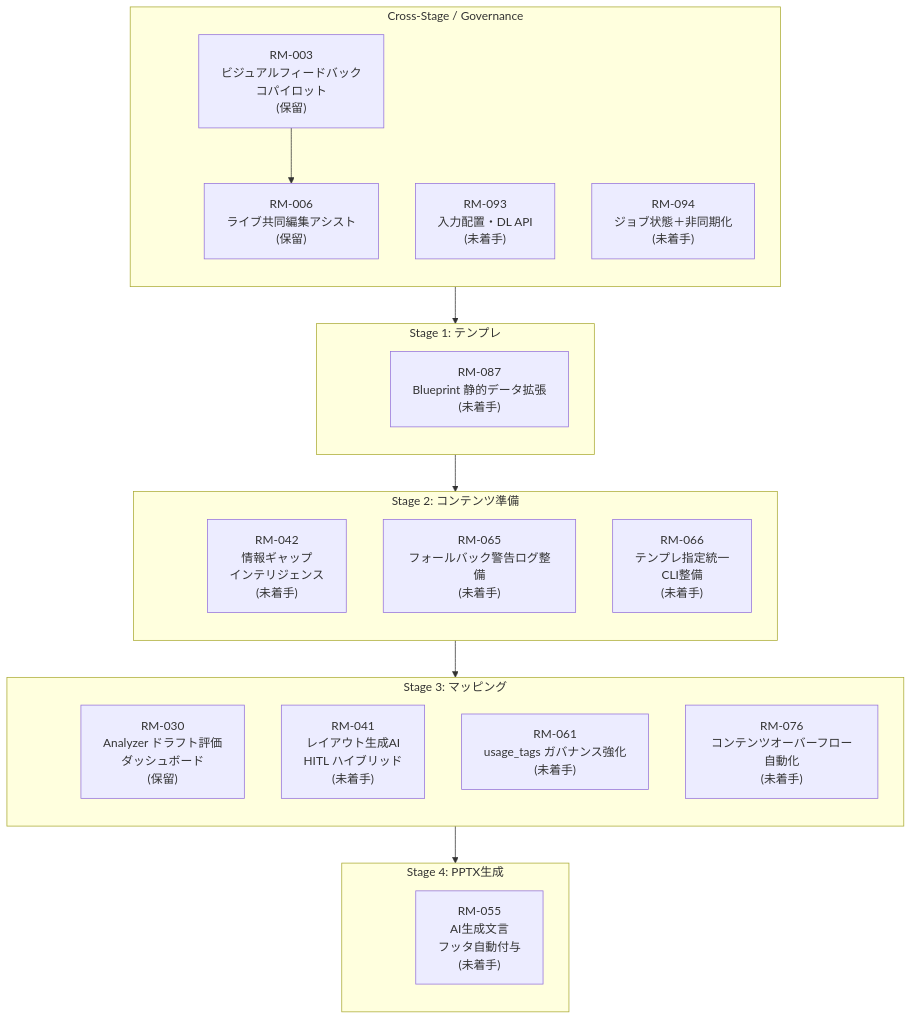
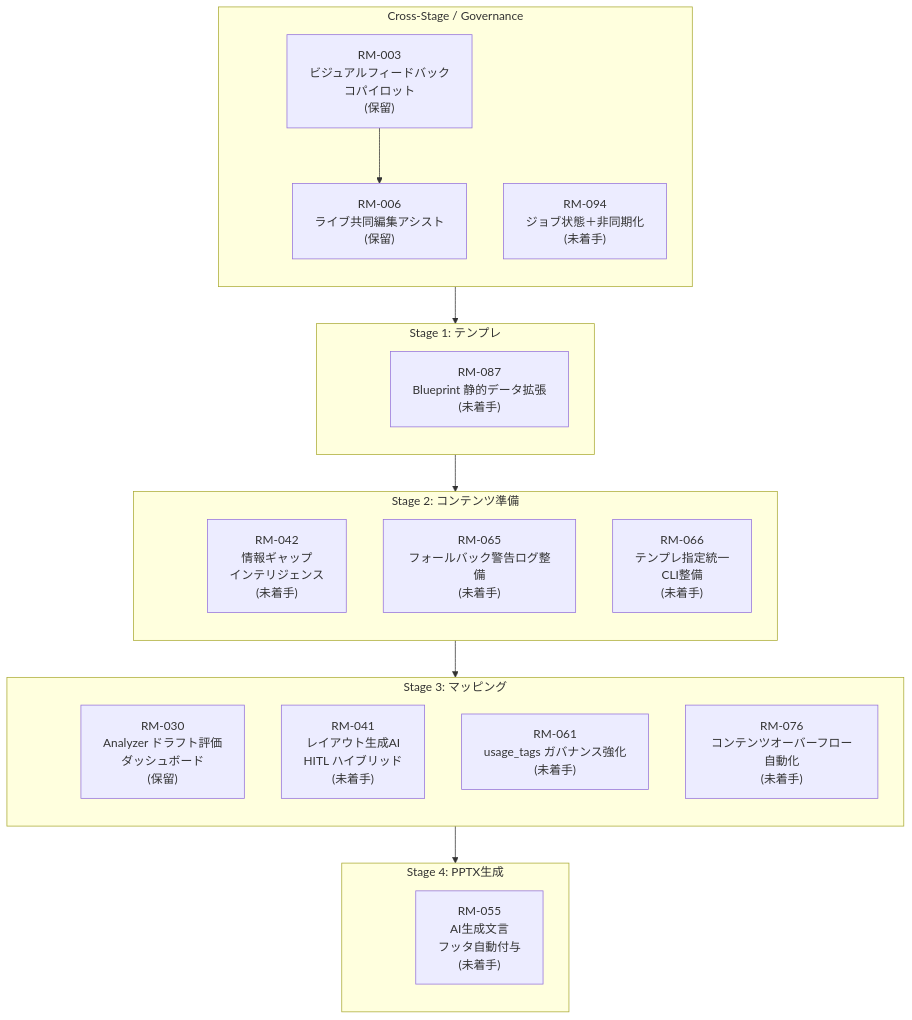
Before and after one commit to yurake/pptx_generator: the diagram in docs/roadmap/roadmap.md, drawn with Mermaid. The commit also changed other lines of this file and 1 other file, not shown here.

````diff
--- a/docs/roadmap/roadmap.md
+++ b/docs/roadmap/roadmap.md
@@ -25,50 +25,49 @@
 ```mermaid
 flowchart TB
     subgraph GOV["Cross-Stage / Governance"]
         direction TB
         GOV_ANCHOR(( ))
         RM003["RM-003<br/>ビジュアルフィードバック<br/>コパイロット<br/>(保留)"]
         RM006["RM-006<br/>ライブ共同編集アシスト<br/>(保留)"]
-        RM093["RM-093<br/>入力配置・DL API<br/>(未着手)"]
         RM094["RM-094<br/>ジョブ状態＋非同期化<br/>(未着手)"]
     end
 
     subgraph ST1["Stage 1: テンプレ"]
         direction TB
         ST1_ANCHOR(( ))
         RM087["RM-087<br/>Blueprint 静的データ拡張<br/>(未着手)"]
     end
 
     subgraph ST2["Stage 2: コンテンツ準備"]
         direction TB
         ST2_ANCHOR(( ))
         RM042["RM-042<br/>情報ギャップ<br/>インテリジェンス<br/>(未着手)"]
         RM065["RM-065<br/>フォールバック警告ログ整備<br/>(未着手)"]
         RM066["RM-066<br/>テンプレ指定統一<br/>CLI整備<br/>(未着手)"]
     end
 
     subgraph ST3["Stage 3: マッピング"]
         direction TB
         ST3_ANCHOR(( ))
         RM030["RM-030<br/>Analyzer ドラフト評価<br/>ダッシュボード<br/>(保留)"]
         RM041["RM-041<br/>レイアウト生成AI<br/>HITL ハイブリッド<br/>(未着手)"]
         RM061["RM-061<br/>usage_tags ガバナンス強化<br/>(未着手)"]
         RM076["RM-076<br/>コンテンツオーバーフロー自動化<br/>(未着手)"]
     end
 
     subgraph ST4["Stage 4: PPTX生成"]
         direction TB
         ST4_ANCHOR(( ))
         RM055["RM-055<br/>AI生成文言<br/>フッタ自動付与<br/>(未着手)"]
     end
 
     style GOV_ANCHOR fill:transparent,stroke:transparent
     style ST1_ANCHOR fill:transparent,stroke:transparent
     style ST2_ANCHOR fill:transparent,stroke:transparent
     style ST3_ANCHOR fill:transparent,stroke:transparent
     style ST4_ANCHOR fill:transparent,stroke:transparent
 
     GOV_ANCHOR --> ST1_ANCHOR --> ST2_ANCHOR --> ST3_ANCHOR --> ST4_ANCHOR
 
     RM003 --> RM006
 ```
````
